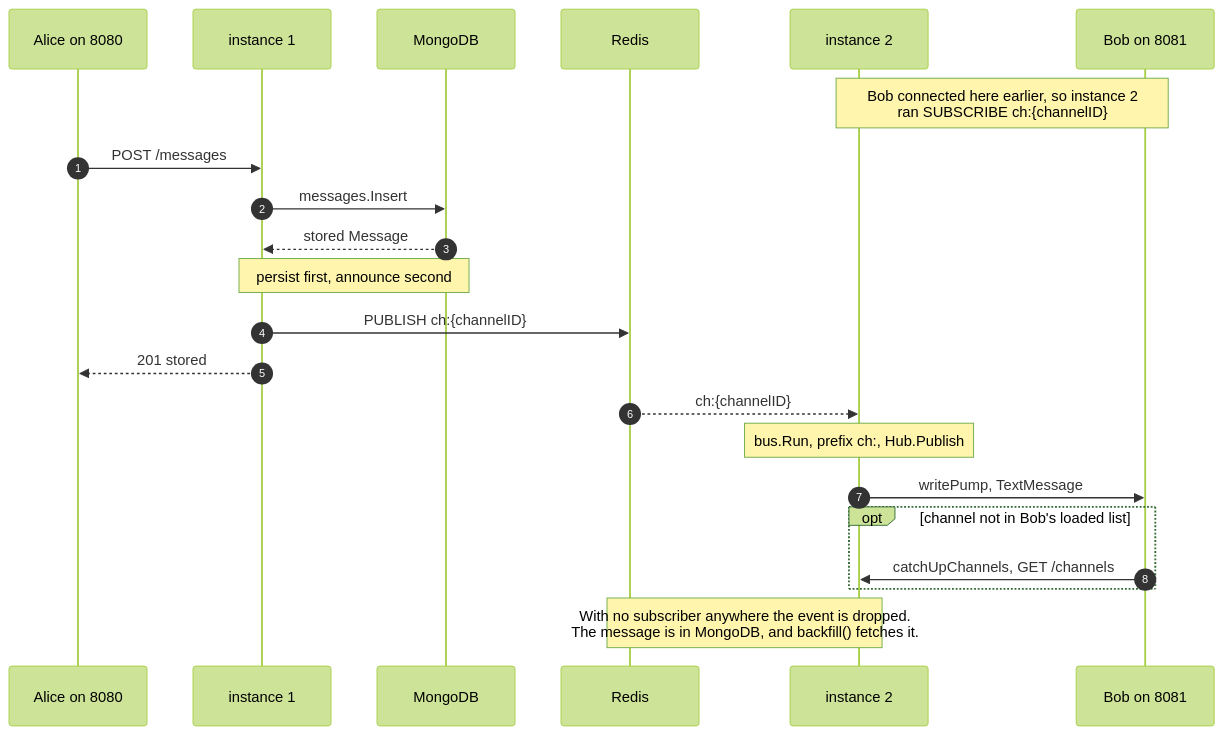
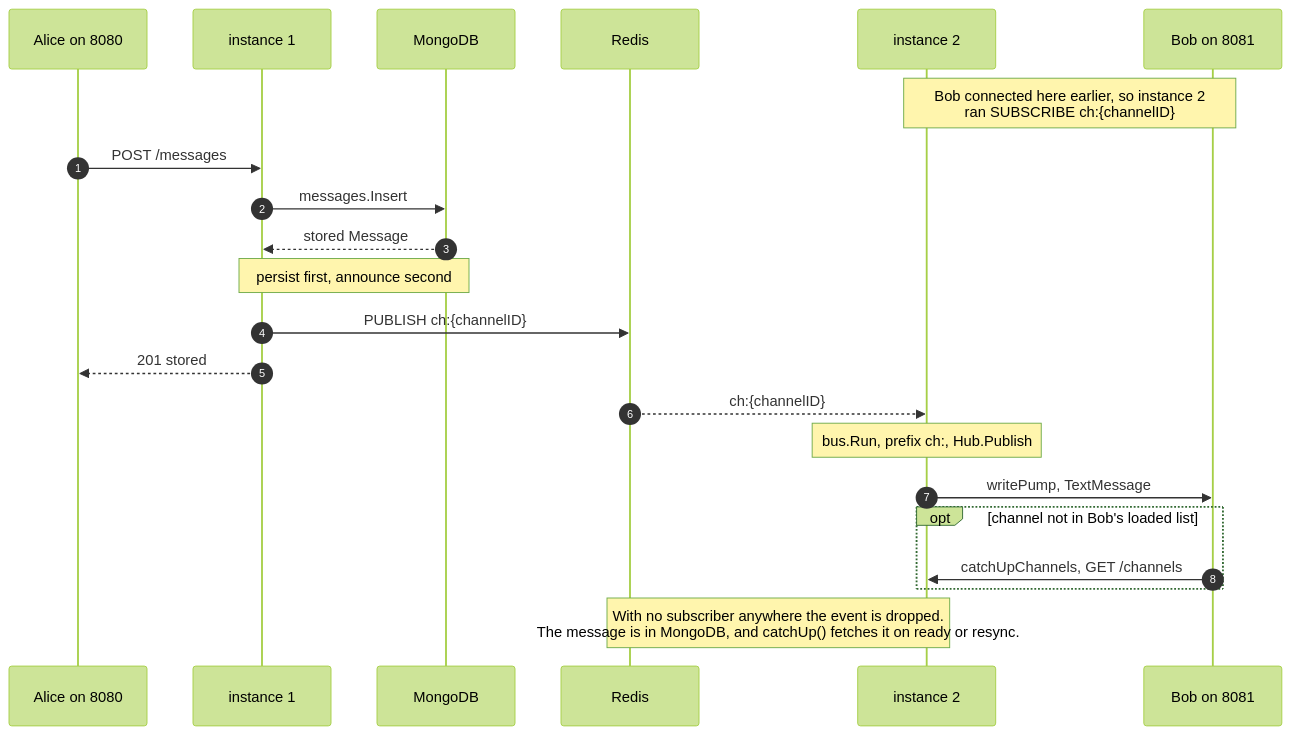
Before and after one commit to hdmtrn/nosql-messenger: the ninth of 13 diagrams in docs/diagrams/README.md, drawn with Mermaid (forest theme). The commit also changed other lines of this file and 15 other files, not shown here.

````diff
--- a/docs/diagrams/README.md
+++ b/docs/diagrams/README.md
@@ -1080,29 +1090,29 @@
 ```mermaid
 %% Sending a message when the two people are on DIFFERENT instances.
 %% The only difference is which nodes hold a subscription to ch:{channelID}.
 %% See README for the notes referenced by step number.
 %% Sources: server/messages_http.go, server/bus.go, server/hub.go, server/ws.go
 sequenceDiagram
   autonumber
   participant A as Alice on 8080
   participant N1 as instance 1
   participant M as MongoDB
   participant R as Redis
   participant N2 as instance 2
   participant B as Bob on 8081
 
   Note over N2,B: Bob connected here earlier, so instance 2<br/>ran SUBSCRIBE ch:{channelID}
   A->>N1: POST /messages
   N1->>M: messages.Insert
   M-->>N1: stored Message
   Note over N1,M: persist first, announce second
   N1->>R: PUBLISH ch:{channelID}
   N1-->>A: 201 stored
   R-->>N2: ch:{channelID}
   Note over N2: bus.Run, prefix ch:, Hub.Publish
   N2->>B: writePump, TextMessage
   opt channel not in Bob's loaded list
     B->>N2: catchUpChannels, GET /channels
   end
-  Note over R,N2: With no subscriber anywhere the event is dropped.<br/>The message is in MongoDB, and backfill() fetches it.
+  Note over R,N2: With no subscriber anywhere the event is dropped.<br/>The message is in MongoDB, and catchUp() fetches it on ready or resync.
 ```
````
